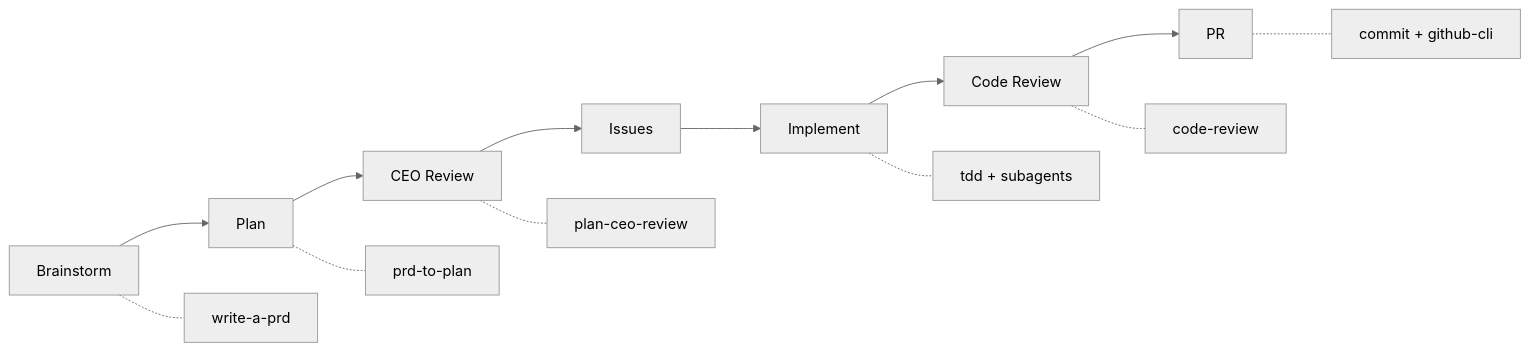
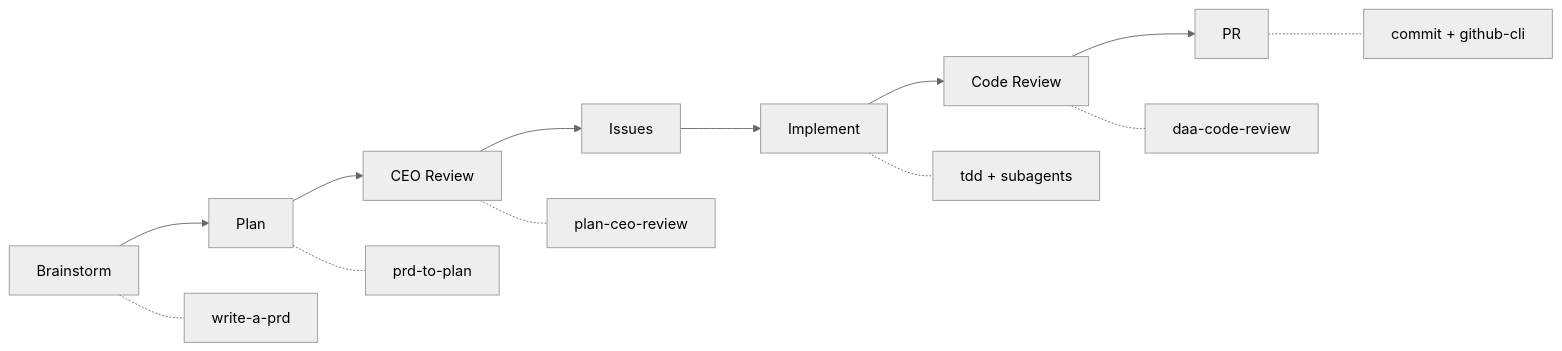
One commit to cdcoonce/claude-workflow changed the third of 3 diagrams in README.md. Above: the diagram before and after it, drawn with Mermaid (neutral theme). The commit also changed other lines of this file and 109 other files, not shown here.

First line of the commit message:
feat: rename code-review skill to daa-code-review

````diff
--- a/README.md
+++ b/README.md
@@ -267,16 +267,16 @@
 ```mermaid
 flowchart LR
     B[Brainstorm] --> P[Plan]
     P --> R[CEO Review]
     R --> I[Issues]
     I --> IM[Implement]
     IM --> CR[Code Review]
     CR --> PR[PR]
 
     B -.- PRD["write-a-prd"]
     P -.- PTP["prd-to-plan"]
     R -.- CEO["plan-ceo-review"]
     IM -.- TDD["tdd + subagents"]
-    CR -.- REV["code-review"]
+    CR -.- REV["daa-code-review"]
     PR -.- GH["commit + github-cli"]
 ```
````
